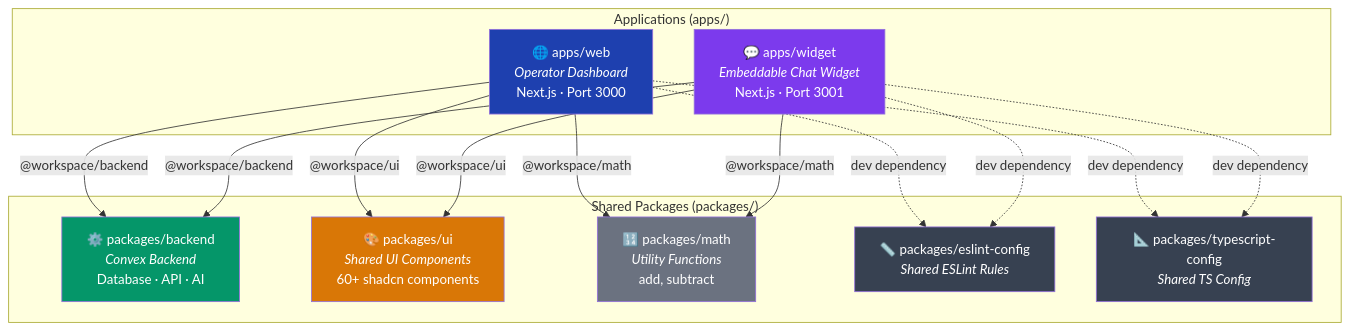
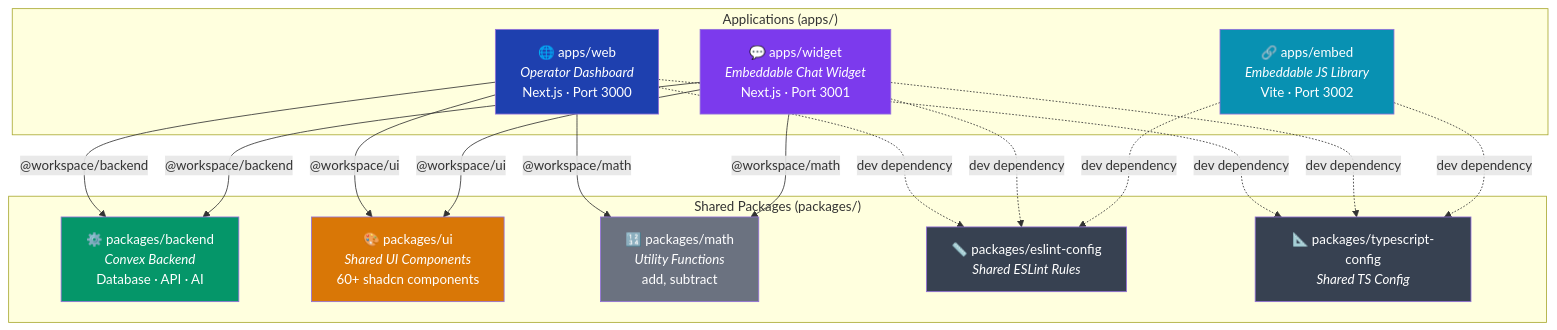
The first of 12 diagrams in README.md (prakharsingh-74/Pivot-Care-AI), drawn with Mermaid before and after one commit. The commit also changed other lines of this file, not shown here.

````diff
--- a/README.md
+++ b/README.md
@@ -41,34 +41,38 @@
 ```mermaid
 graph TB
     subgraph "Applications (apps/)"
         WEB["🌐 apps/web<br/><i>Operator Dashboard</i><br/>Next.js · Port 3000"]
         WIDGET["💬 apps/widget<br/><i>Embeddable Chat Widget</i><br/>Next.js · Port 3001"]
+        EMBED["🔗 apps/embed<br/><i>Embeddable JS Library</i><br/>Vite · Port 3002"]
     end
 
     subgraph "Shared Packages (packages/)"
         BACKEND["⚙️ packages/backend<br/><i>Convex Backend</i><br/>Database · API · AI"]
         UI["🎨 packages/ui<br/><i>Shared UI Components</i><br/>60+ shadcn components"]
         MATH["🔢 packages/math<br/><i>Utility Functions</i><br/>add, subtract"]
         ESLINT["📏 packages/eslint-config<br/><i>Shared ESLint Rules</i>"]
         TSCONFIG["📐 packages/typescript-config<br/><i>Shared TS Config</i>"]
     end
 
     WEB -->|"@workspace/backend"| BACKEND
     WEB -->|"@workspace/ui"| UI
     WEB -->|"@workspace/math"| MATH
     WIDGET -->|"@workspace/backend"| BACKEND
     WIDGET -->|"@workspace/ui"| UI
     WIDGET -->|"@workspace/math"| MATH
     WEB -.->|"dev dependency"| ESLINT
     WEB -.->|"dev dependency"| TSCONFIG
     WIDGET -.->|"dev dependency"| ESLINT
     WIDGET -.->|"dev dependency"| TSCONFIG
+    EMBED -.->|"dev dependency"| ESLINT
+    EMBED -.->|"dev dependency"| TSCONFIG
 
     style WEB fill:#1e40af,color:#fff
     style WIDGET fill:#7c3aed,color:#fff
+    style EMBED fill:#0891b2,color:#fff
     style BACKEND fill:#059669,color:#fff
     style UI fill:#d97706,color:#fff
     style MATH fill:#6b7280,color:#fff
     style ESLINT fill:#374151,color:#fff
     style TSCONFIG fill:#374151,color:#fff
 ```
````
